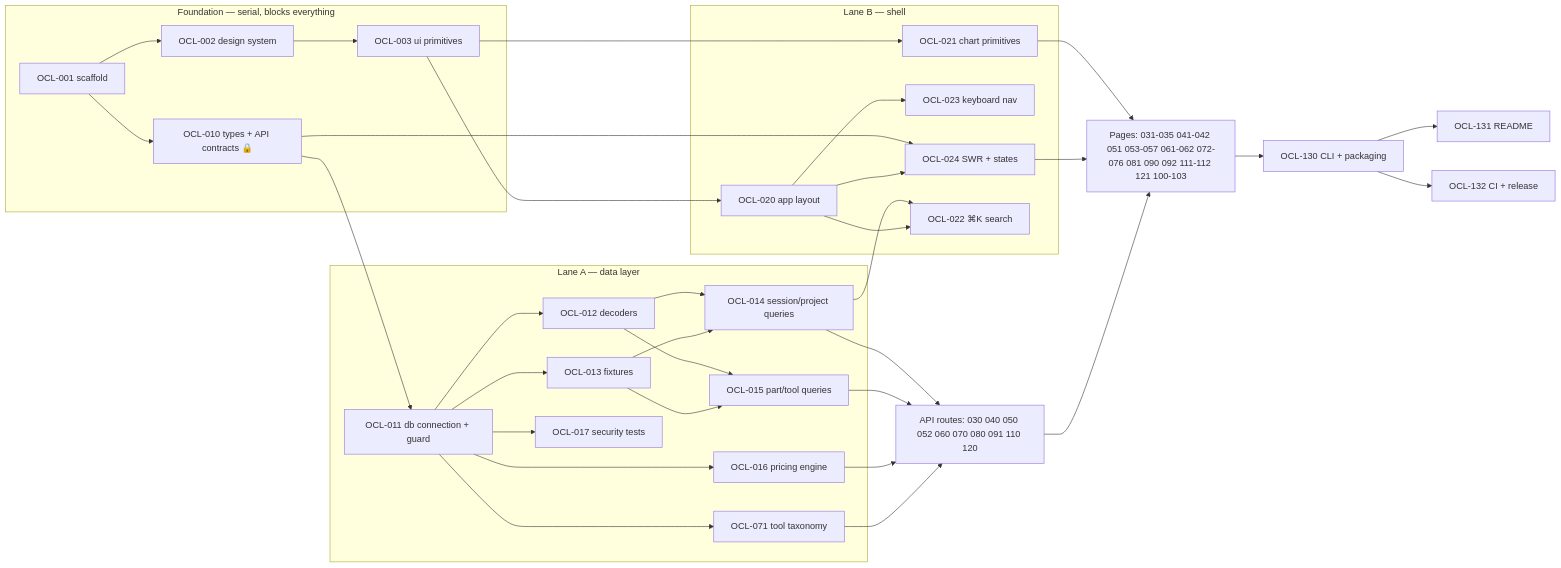
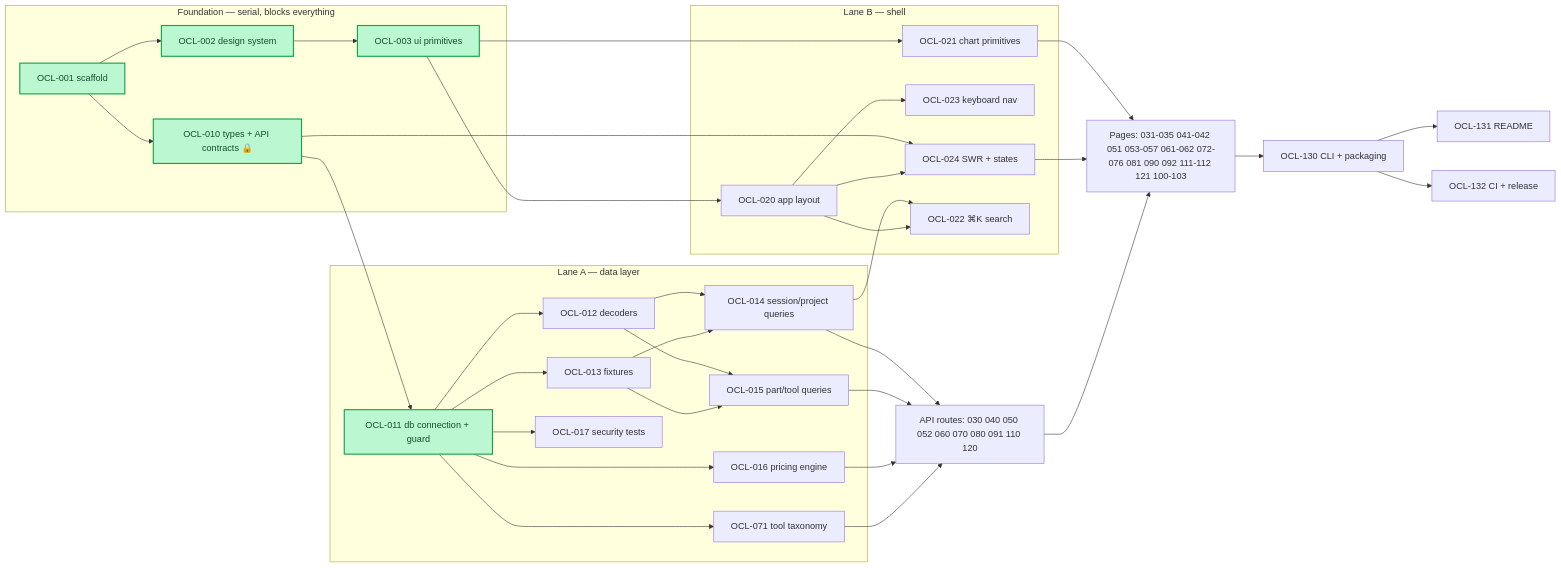
Before and after one commit to ibrahimkobeissy/oc-lens: the diagram in project-docs/backlog.md, drawn with Mermaid. The commit also changed 32 other files, not shown here.

````diff
--- a/project-docs/backlog.md
+++ b/project-docs/backlog.md
@@ -81,42 +81,45 @@
 ```mermaid
 graph LR
   subgraph F["Foundation — serial, blocks everything"]
     T001["OCL-001 scaffold"] --> T002["OCL-002 design system"]
     T002 --> T003["OCL-003 ui primitives"]
     T001 --> T010["OCL-010 types + API contracts 🔒"]
   end
 
   subgraph DL["Lane A — data layer"]
     T010 --> T011["OCL-011 db connection + guard"]
     T011 --> T012["OCL-012 decoders"]
     T011 --> T013["OCL-013 fixtures"]
     T012 --> T014["OCL-014 session/project queries"]
     T013 --> T014
     T012 --> T015["OCL-015 part/tool queries"]
     T013 --> T015
     T011 --> T016["OCL-016 pricing engine"]
     T011 --> T017["OCL-017 security tests"]
     T011 --> T071["OCL-071 tool taxonomy"]
   end
 
   subgraph SH["Lane B — shell"]
     T003 --> T020["OCL-020 app layout"]
     T003 --> T021["OCL-021 chart primitives"]
     T020 --> T023["OCL-023 keyboard nav"]
     T010 --> T024["OCL-024 SWR + states"]
     T020 --> T024
     T014 --> T022["OCL-022 ⌘K search"]
     T020 --> T022
   end
 
   T014 --> API["API routes: 030 040 050 052 060 070 080 091 110 120"]
   T015 --> API
   T016 --> API
   T021 --> PAGES["Pages: 031-035 041-042 051 053-057 061-062 072-076 081 090 092 111-112 121 100-103"]
   T024 --> PAGES
   API --> PAGES
   T071 --> API
   PAGES --> T130["OCL-130 CLI + packaging"]
   T130 --> T131["OCL-131 README"]
   T130 --> T132["OCL-132 CI + release"]
+
+  classDef done fill:#bbf7d0,stroke:#16a34a,stroke-width:2px,color:#14532d;
+  class T001,T002,T003,T010,T011 done;
 ```
````
